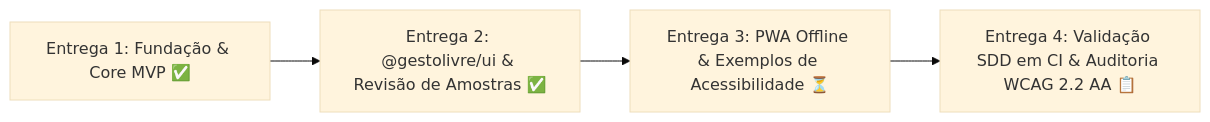
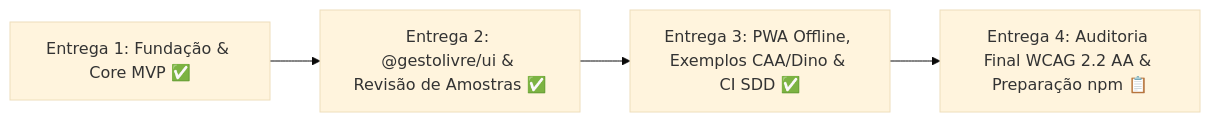
The diagram in PROGRESS.md (PauloHFA/GestoLivre), drawn with Mermaid (base theme) before and after one commit. The commit also changed other lines of this file and 14 other files, not shown here.

Commit message:
feat(pwa): add PWA offline support, AAC communicator and dino game examples, and CI SDD workflow

````diff
--- a/PROGRESS.md
+++ b/PROGRESS.md
@@ -9,6 +9,6 @@
 ```mermaid
 flowchart LR
     E1["Entrega 1: Fundação & Core MVP ✅"] --> E2["Entrega 2: @gestolivre/ui & Revisão de Amostras ✅"]
-    E2 --> E3["Entrega 3: PWA Offline & Exemplos de Acessibilidade ⏳"]
-    E3 --> E4["Entrega 4: Validação SDD em CI & Auditoria WCAG 2.2 AA 📋"]
+    E2 --> E3["Entrega 3: PWA Offline, Exemplos CAA/Dino & CI SDD ✅"]
+    E3 --> E4["Entrega 4: Auditoria Final WCAG 2.2 AA & Preparação npm 📋"]
 ```
````
